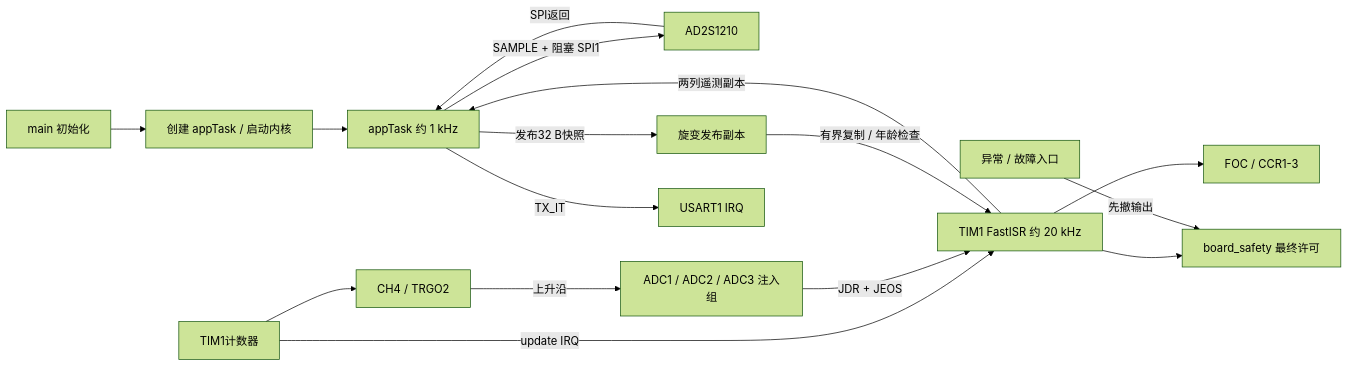
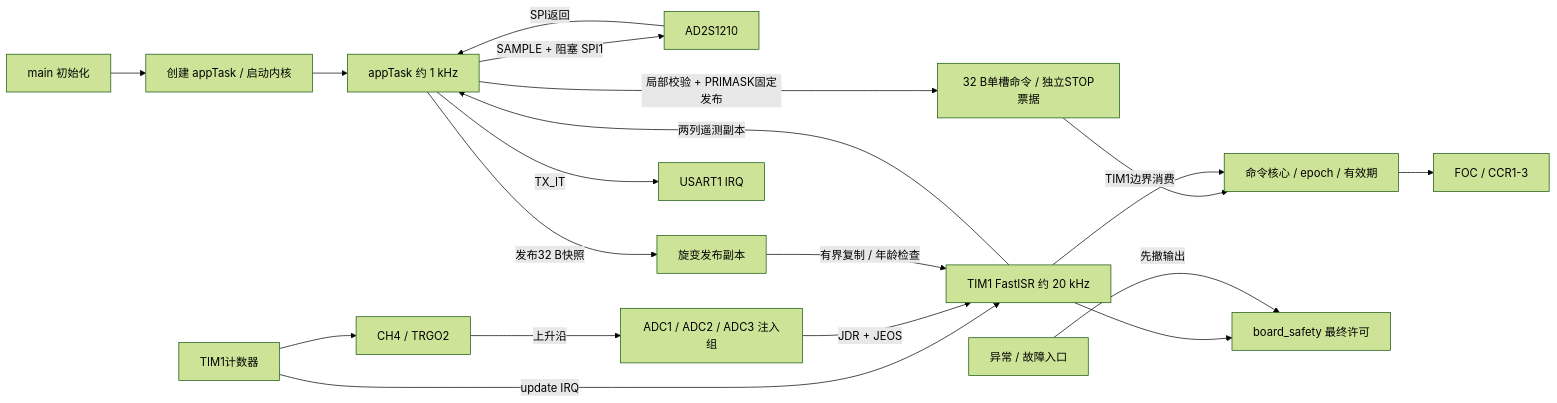
Before and after one commit to XLeOLe10/Pro1_HighVolODrive: the diagram in docs/ARCHITECTURE.md, drawn with Mermaid (forest theme). The commit also changed other lines of this file and 22 other files, not shown here.

````diff
--- a/docs/ARCHITECTURE.md
+++ b/docs/ARCHITECTURE.md
@@ -19,18 +11,21 @@
 ```mermaid
 flowchart LR
     M[main 初始化] --> K[创建 appTask / 启动内核]
     K --> A[appTask 约 1 kHz]
     A -->|SAMPLE + 阻塞 SPI1| R[AD2S1210]
     R -->|SPI返回| A
     A -->|发布32 B快照| S[旋变发布副本]
     T[TIM1计数器] --> P[CH4 / TRGO2]
     P -->|上升沿| ADC[ADC1 / ADC2 / ADC3 注入组]
     T -->|update IRQ| I[TIM1 FastISR 约 20 kHz]
     ADC -->|JDR + JEOS| I
     S -->|有界复制 / 年龄检查| I
-    I --> C[FOC / CCR1-3]
+    A -->|局部校验 + PRIMASK固定发布| Q[32 B单槽命令 / 独立STOP票据]
+    Q -->|TIM1边界消费| BND[命令核心 / epoch / 有效期]
+    I --> BND
+    BND --> C[FOC / CCR1-3]
     I --> B[board_safety 最终许可]
     F[异常 / 故障入口] -->|先撤输出| B
     I -->|两列遥测副本| A
     A -->|TX_IT| U[USART1 IRQ]
 ```
````
